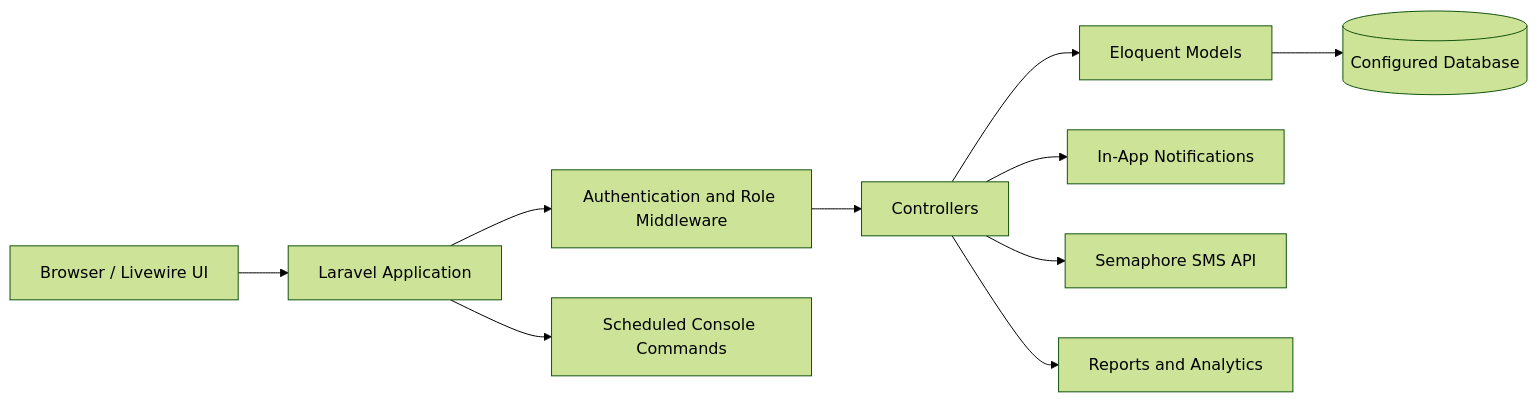
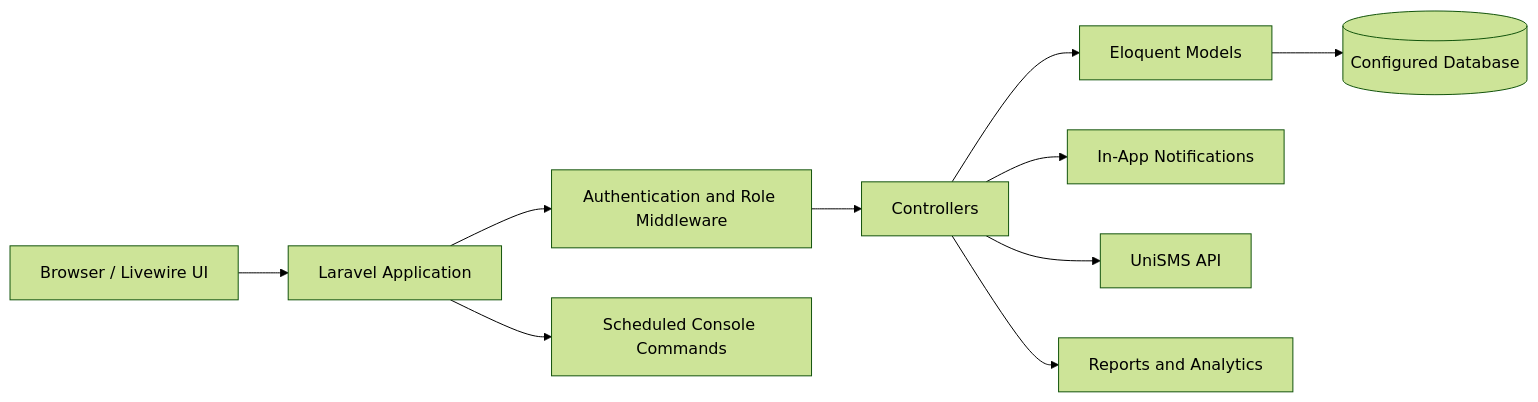
Before and after one commit to Jayrick-Malinao/EWebsite: the first of 18 diagrams in README.md, drawn with Mermaid (forest theme). The commit also changed other lines of this file and 180 other files, not shown here.

````diff
--- a/README.md
+++ b/README.md
@@ -25,12 +25,12 @@
 ```mermaid
 flowchart LR
     Browser["Browser / Livewire UI"] --> Laravel["Laravel Application"]
     Laravel --> Auth["Authentication and Role Middleware"]
     Auth --> Controllers["Controllers"]
     Controllers --> Models["Eloquent Models"]
     Models --> Database[("Configured Database")]
     Controllers --> Notifications["In-App Notifications"]
-    Controllers --> Semaphore["Semaphore SMS API"]
+    Controllers --> UniSMS["UniSMS API"]
     Controllers --> Reports["Reports and Analytics"]
     Laravel --> Scheduler["Scheduled Console Commands"]
 ```
````
